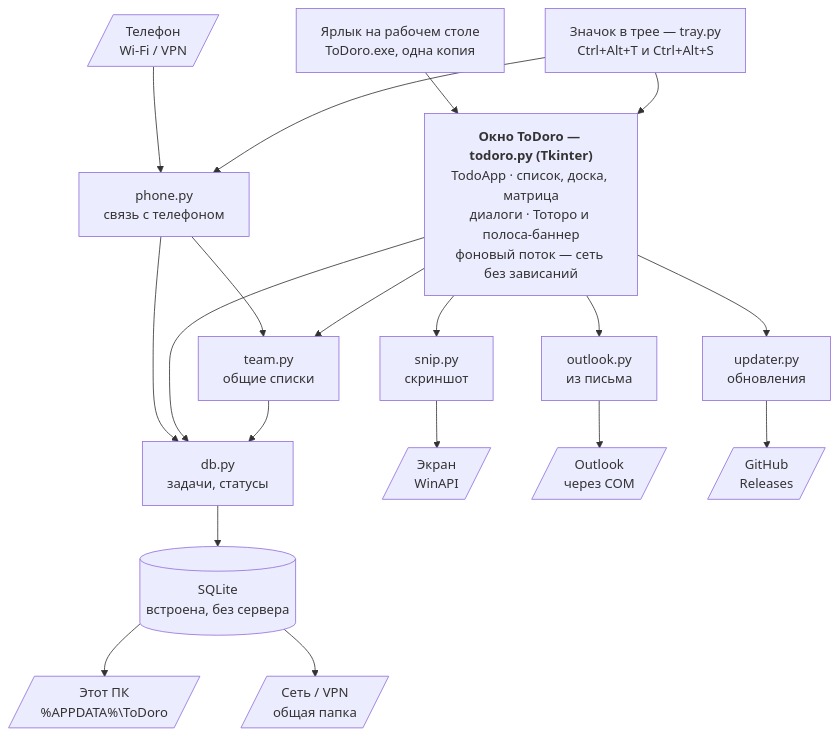
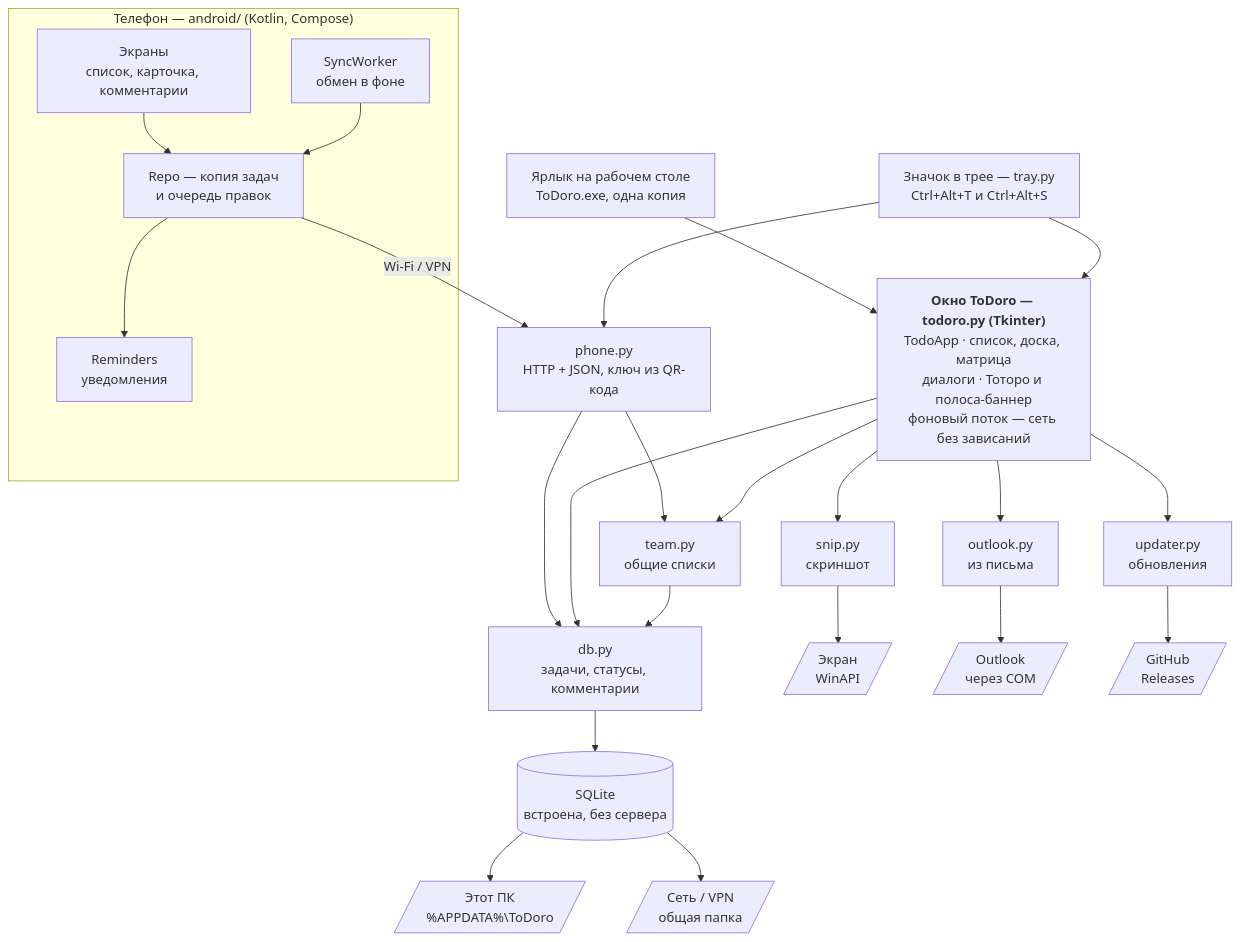
One commit to machinist-soft/ToDoro changed the diagram in README.md. Above: the diagram before and after it, drawn with Mermaid. The commit also changed other lines of this file, not shown here.

Commit message:
README: обновлена архитектура — приложение для Android, сборка и тесты

````diff
--- a/README.md
+++ b/README.md
@@ -239,37 +242,47 @@
 ```mermaid
 flowchart TB
     shortcut["Ярлык на рабочем столе<br/>ToDoro.exe, одна копия"]
     trayicon["Значок в трее — tray.py<br/>Ctrl+Alt+T и Ctrl+Alt+S"]
 
     app["<b>Окно ToDoro — todoro.py (Tkinter)</b><br/>TodoApp · список, доска, матрица<br/>диалоги · Тоторо и полоса-баннер<br/>фоновый поток — сеть без зависаний"]
 
     shortcut --> app
     trayicon --> app
-    phonepy["phone.py<br/>связь с телефоном"]
-    mobile[/"Телефон<br/>Wi-Fi / VPN"/]
-    mobile --> phonepy
+
+    subgraph android["Телефон — android/ (Kotlin, Compose)"]
+        ui["Экраны<br/>список, карточка, комментарии"]
+        repo["Repo — копия задач<br/>и очередь правок"]
+        sync["SyncWorker<br/>обмен в фоне"]
+        remind["Reminders<br/>уведомления"]
+        ui --> repo
+        sync --> repo
+        repo --> remind
+    end
+
+    phonepy["phone.py<br/>HTTP + JSON, ключ из QR-кода"]
+    repo -- "Wi-Fi / VPN" --> phonepy
     trayicon --> phonepy
     phonepy --> dbpy & teampy
 
-    dbpy["db.py<br/>задачи, статусы"]
+    dbpy["db.py<br/>задачи, статусы, комментарии"]
     teampy["team.py<br/>общие списки"]
     snippy["snip.py<br/>скриншот"]
     outlookpy["outlook.py<br/>из письма"]
     updaterpy["updater.py<br/>обновления"]
     sqlite[("SQLite<br/>встроена, без сервера")]
 
     app --> dbpy & teampy & snippy & outlookpy & updaterpy
     teampy --> dbpy
     dbpy --> sqlite
 
     pc[/"Этот ПК<br/>%APPDATA%\ToDoro"/]
     net[/"Сеть / VPN<br/>общая папка"/]
     screen[/"Экран<br/>WinAPI"/]
     outlook[/"Outlook<br/>через COM"/]
     github[/"GitHub<br/>Releases"/]
 
     sqlite --> pc & net
     snippy --> screen
     outlookpy --> outlook
     updaterpy --> github
 ```
````
